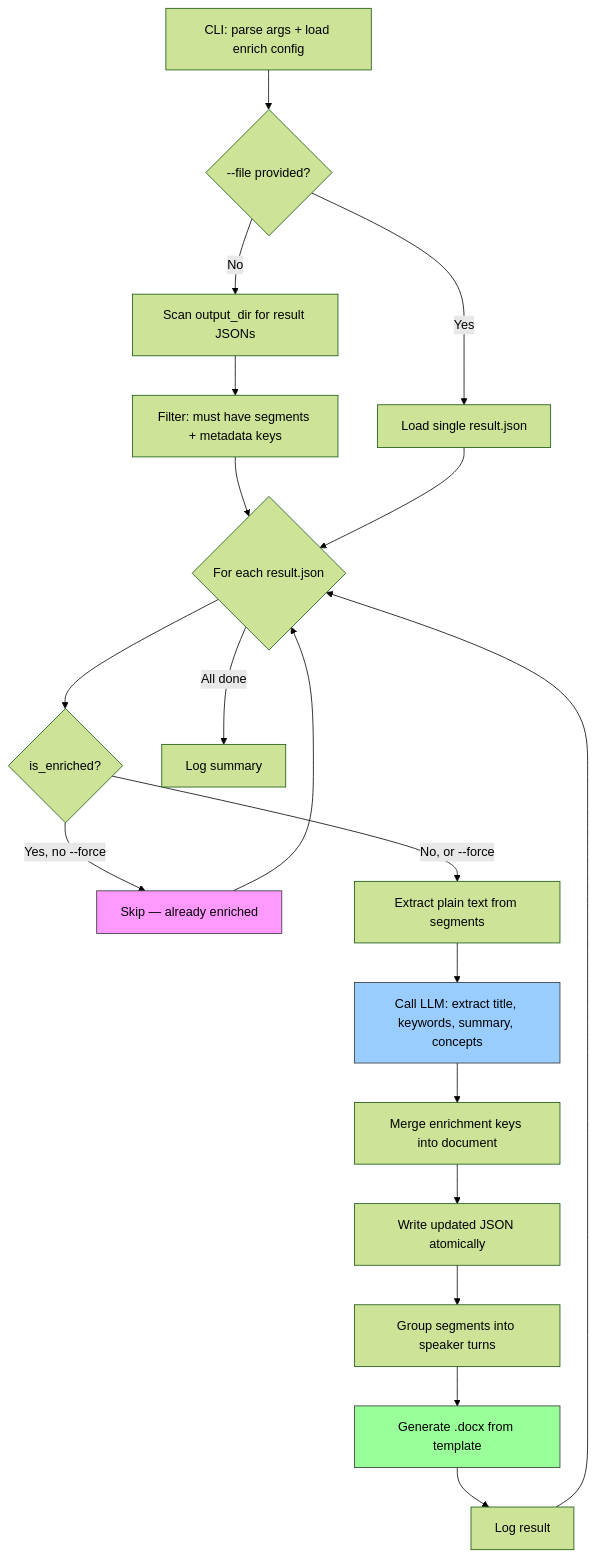
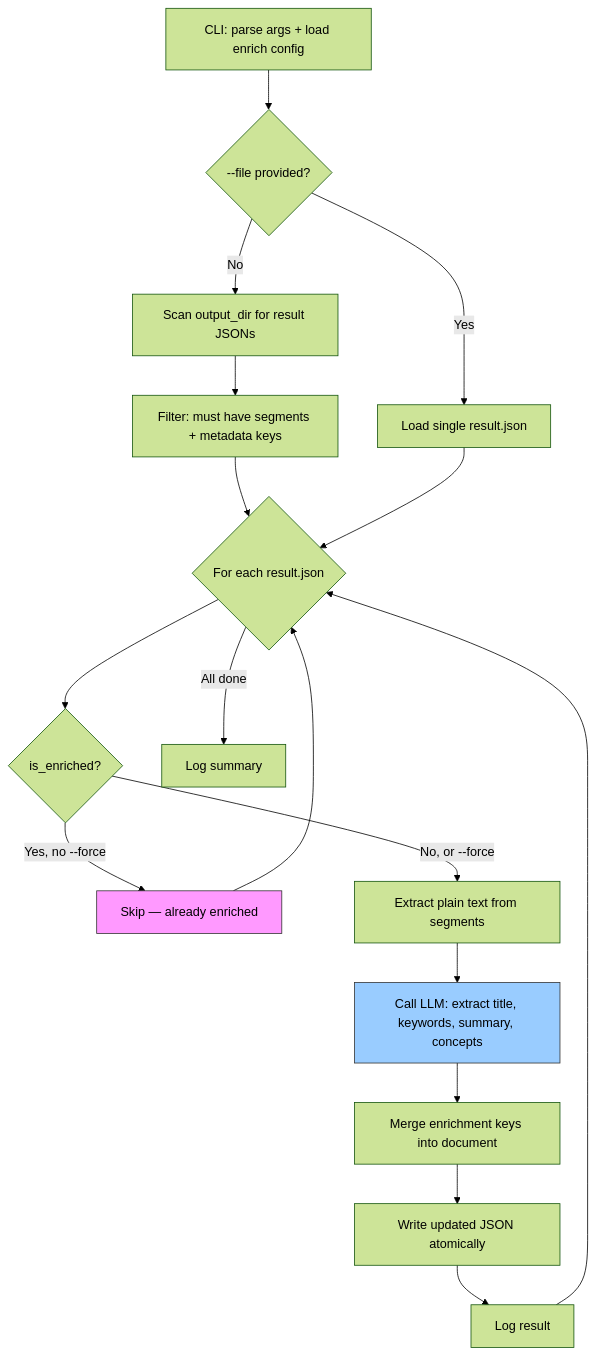
One commit to oikon/transskribo changed the second of 3 diagrams in docs/design.md. Above: the diagram before and after it, drawn with Mermaid (forest theme). The commit also changed other lines of this file and 2 other files, not shown here.

````diff
--- a/docs/design.md
+++ b/docs/design.md
@@ -382,25 +419,22 @@
 ```mermaid
 flowchart TD
     A[CLI: parse args + load enrich config] --> B{--file provided?}
     B -->|Yes| C[Load single result.json]
     B -->|No| D[Scan output_dir for result JSONs]
     D --> E[Filter: must have segments + metadata keys]
     E --> F{For each result.json}
     C --> F
     F --> G{is_enriched?}
     G -->|Yes, no --force| H[Skip — already enriched]
     G -->|No, or --force| I[Extract plain text from segments]
     I --> J[Call LLM: extract title, keywords, summary, concepts]
     J --> K[Merge enrichment keys into document]
     K --> L[Write updated JSON atomically]
-    L --> M[Group segments into speaker turns]
-    M --> N[Generate .docx from template]
-    N --> O[Log result]
+    L --> O[Log result]
     H --> F
     O --> F
     F -->|All done| P[Log summary]
 
     style H fill:#f9f,stroke:#333
     style J fill:#9cf,stroke:#333
-    style N fill:#9f9,stroke:#333
 ```
````
